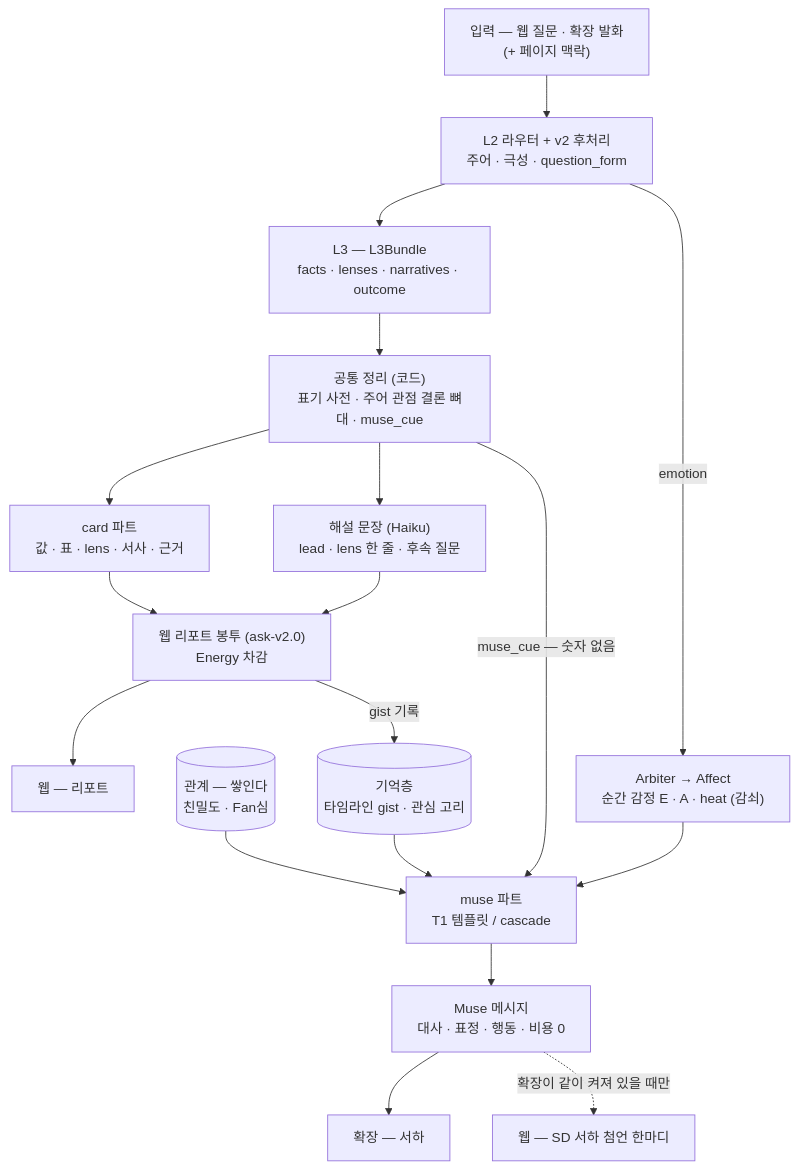
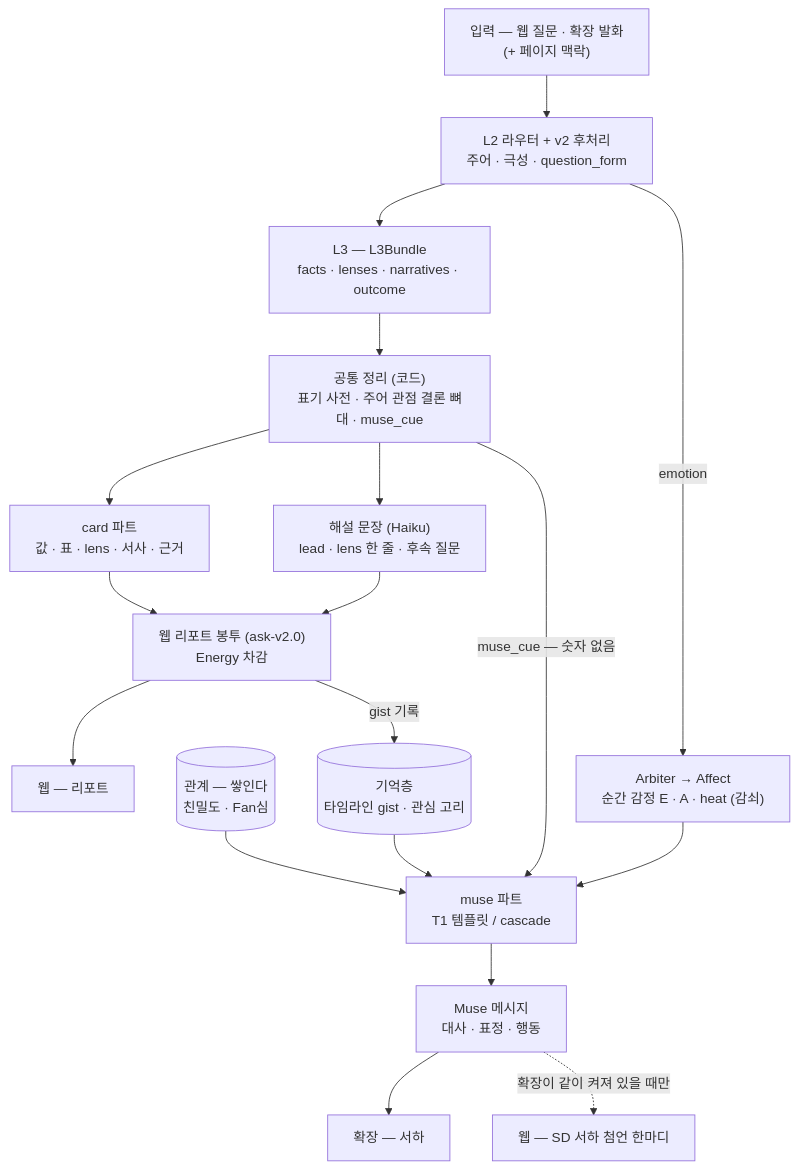
One commit to zzunlsj/rorr-layer-core changed the diagram in docs/06-channels-and-muse.md. Above: the diagram before and after it, drawn with Mermaid. The commit also changed other lines of this file and 2 other files, not shown here.

First line of the commit message:
D-034 다시 열어 둠: Muse 에 비용 · 품질을 얼마나 둘지 미결

````diff
--- a/docs/06-channels-and-muse.md
+++ b/docs/06-channels-and-muse.md
@@ -61,20 +61,20 @@
 ```mermaid
 flowchart TD
     IN["입력 — 웹 질문 · 확장 발화<br>(+ 페이지 맥락)"] --> L2["L2 라우터 + v2 후처리<br>주어 · 극성 · question_form"]
     L2 --> L3["L3 — L3Bundle<br>facts · lenses · narratives · outcome"]
     L2 -->|emotion| AR["Arbiter → Affect<br>순간 감정 E · A · heat (감쇠)"]
     REL[("관계 — 쌓인다<br>친밀도 · Fan심")] --> MUSE
     L3 --> NORM["공통 정리 (코드)<br>표기 사전 · 주어 관점 결론 뼈대 · muse_cue"]
     NORM --> CARD["card 파트<br>값 · 표 · lens · 서사 · 근거"]
     NORM --> EXPL["해설 문장 (Haiku)<br>lead · lens 한 줄 · 후속 질문"]
     NORM -->|"muse_cue — 숫자 없음"| MUSE["muse 파트<br>T1 템플릿 / cascade"]
     AR --> MUSE
     MEM[("기억층<br>타임라인 gist · 관심 고리")] --> MUSE
     CARD --> RENV["웹 리포트 봉투 (ask-v2.0)<br>Energy 차감"]
     EXPL --> RENV
     RENV --> WEB["웹 — 리포트"]
-    MUSE --> MENV["Muse 메시지<br>대사 · 표정 · 행동 · 비용 0"]
+    MUSE --> MENV["Muse 메시지<br>대사 · 표정 · 행동"]
     MENV --> EXT["확장 — 서하"]
     MENV -.->|"확장이 같이 켜져 있을 때만"| SD["웹 — SD 서하 첨언 한마디"]
     RENV -->|gist 기록| MEM
 ```
````
